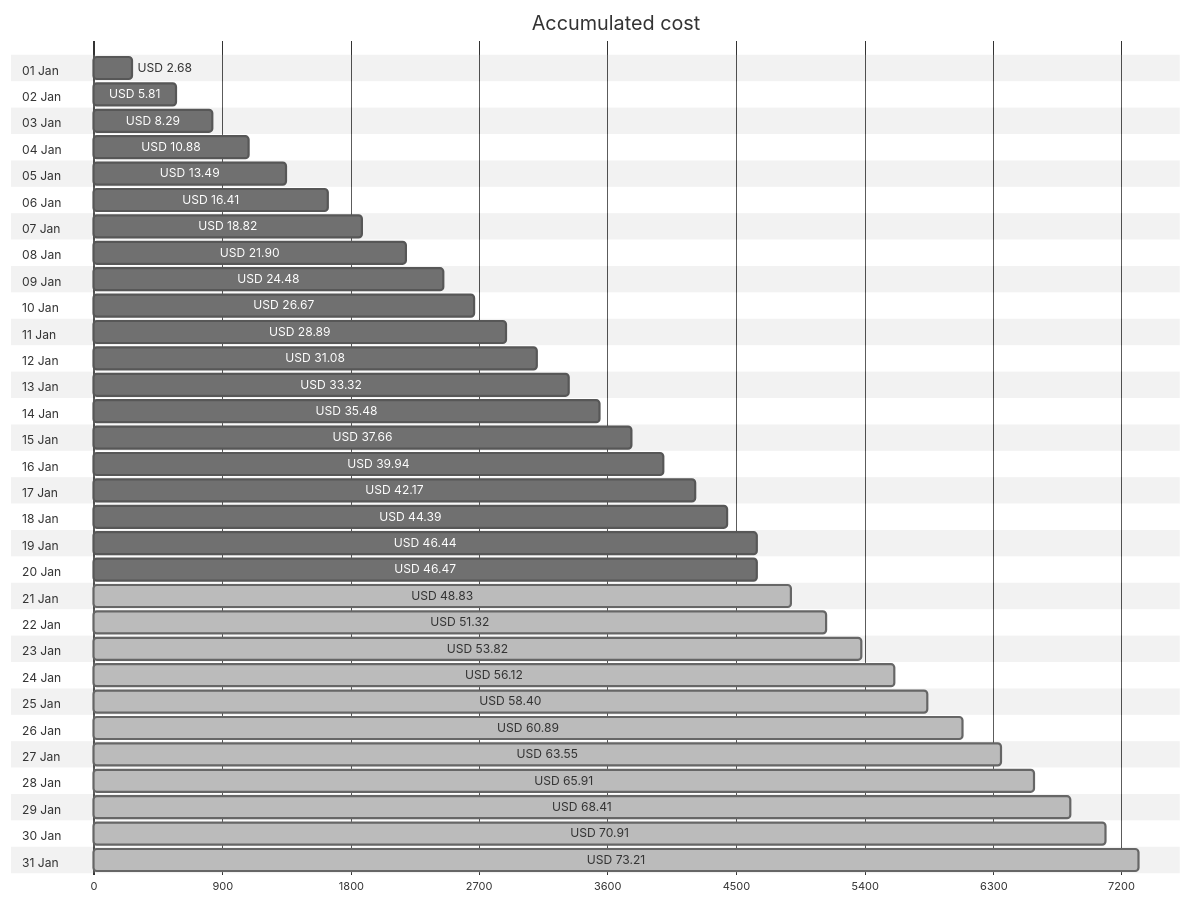
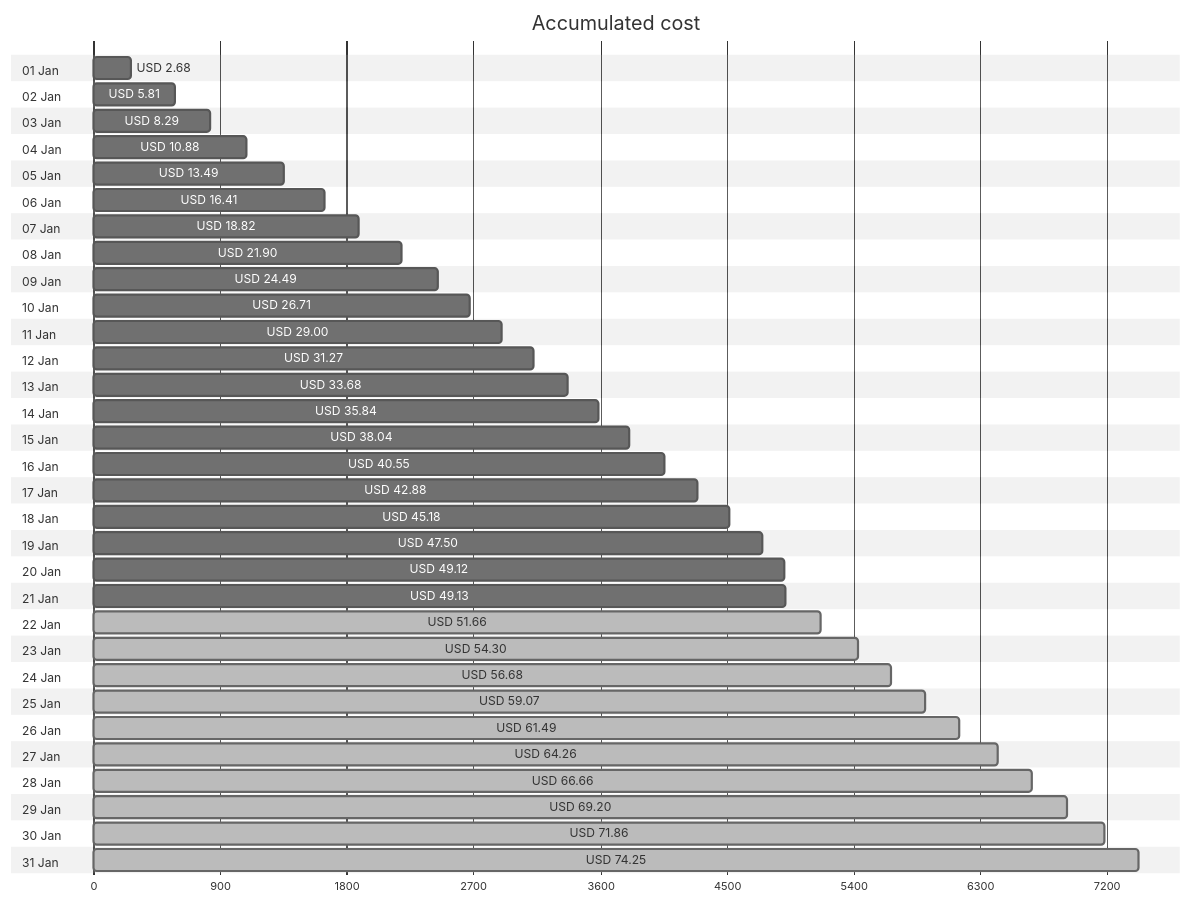
One commit to jpfulton/azure-personal-reports changed the first of 4 diagrams in cost-reports/accumulated-cost.md. Above: the diagram before and after it, drawn with Mermaid (neutral theme). The commit also changed other lines of this file and 4 other files, not shown here.

````diff
--- a/cost-reports/accumulated-cost.md
+++ b/cost-reports/accumulated-cost.md
@@ -20,68 +20,68 @@
 ```mermaid
 gantt
    title Accumulated cost
    dateFormat  X
    axisFormat %s
    section 01 Jan
    USD 2.68 :0, 268
    section 02 Jan
    USD 5.81 :0, 581
    section 03 Jan
    USD 8.29 :0, 829
    section 04 Jan
    USD 10.88 :0, 1088
    section 05 Jan
    USD 13.49 :0, 1349
    section 06 Jan
    USD 16.41 :0, 1641
    section 07 Jan
    USD 18.82 :0, 1882
    section 08 Jan
    USD 21.90 :0, 2190
    section 09 Jan
-   USD 24.48 :0, 2448
+   USD 24.49 :0, 2449
    section 10 Jan
-   USD 26.67 :0, 2667
+   USD 26.71 :0, 2671
    section 11 Jan
-   USD 28.89 :0, 2889
+   USD 29.00 :0, 2900
    section 12 Jan
-   USD 31.08 :0, 3108
+   USD 31.27 :0, 3127
    section 13 Jan
-   USD 33.32 :0, 3332
+   USD 33.68 :0, 3368
    section 14 Jan
-   USD 35.48 :0, 3548
+   USD 35.84 :0, 3584
    section 15 Jan
-   USD 37.66 :0, 3766
+   USD 38.04 :0, 3804
    section 16 Jan
-   USD 39.94 :0, 3994
+   USD 40.55 :0, 4055
    section 17 Jan
-   USD 42.17 :0, 4217
+   USD 42.88 :0, 4288
    section 18 Jan
-   USD 44.39 :0, 4439
+   USD 45.18 :0, 4518
    section 19 Jan
-   USD 46.44 :0, 4644
+   USD 47.50 :0, 4750
    section 20 Jan
-   USD 46.47 :0, 4647
+   USD 49.12 :0, 4912
    section 21 Jan
-   USD 48.83 : done, 0, 4883
+   USD 49.13 :0, 4913
    section 22 Jan
-   USD 51.32 : done, 0, 5132
+   USD 51.66 : done, 0, 5166
    section 23 Jan
-   USD 53.82 : done, 0, 5382
+   USD 54.30 : done, 0, 5430
    section 24 Jan
-   USD 56.12 : done, 0, 5612
+   USD 56.68 : done, 0, 5668
    section 25 Jan
-   USD 58.40 : done, 0, 5840
+   USD 59.07 : done, 0, 5907
    section 26 Jan
-   USD 60.89 : done, 0, 6089
+   USD 61.49 : done, 0, 6149
    section 27 Jan
-   USD 63.55 : done, 0, 6355
+   USD 64.26 : done, 0, 6426
    section 28 Jan
-   USD 65.91 : done, 0, 6591
+   USD 66.66 : done, 0, 6666
    section 29 Jan
-   USD 68.41 : done, 0, 6841
+   USD 69.20 : done, 0, 6920
    section 30 Jan
-   USD 70.91 : done, 0, 7091
+   USD 71.86 : done, 0, 7186
    section 31 Jan
-   USD 73.21 : done, 0, 7321
+   USD 74.25 : done, 0, 7425
 ```
````
